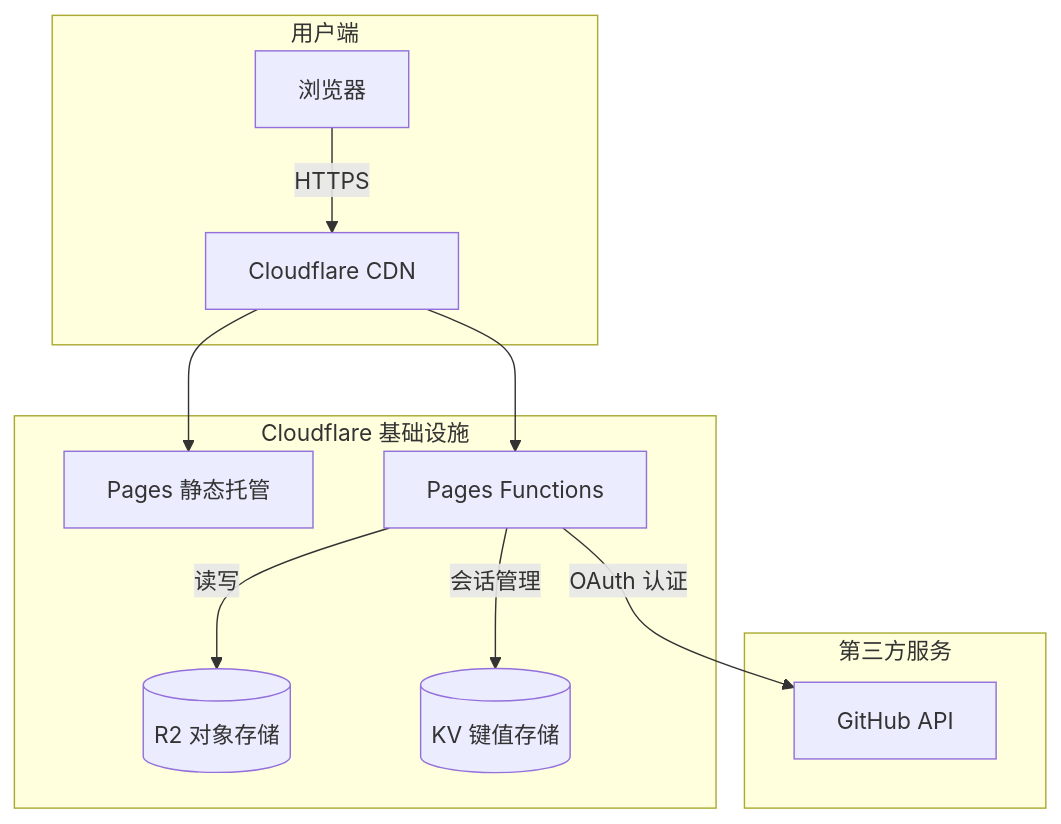
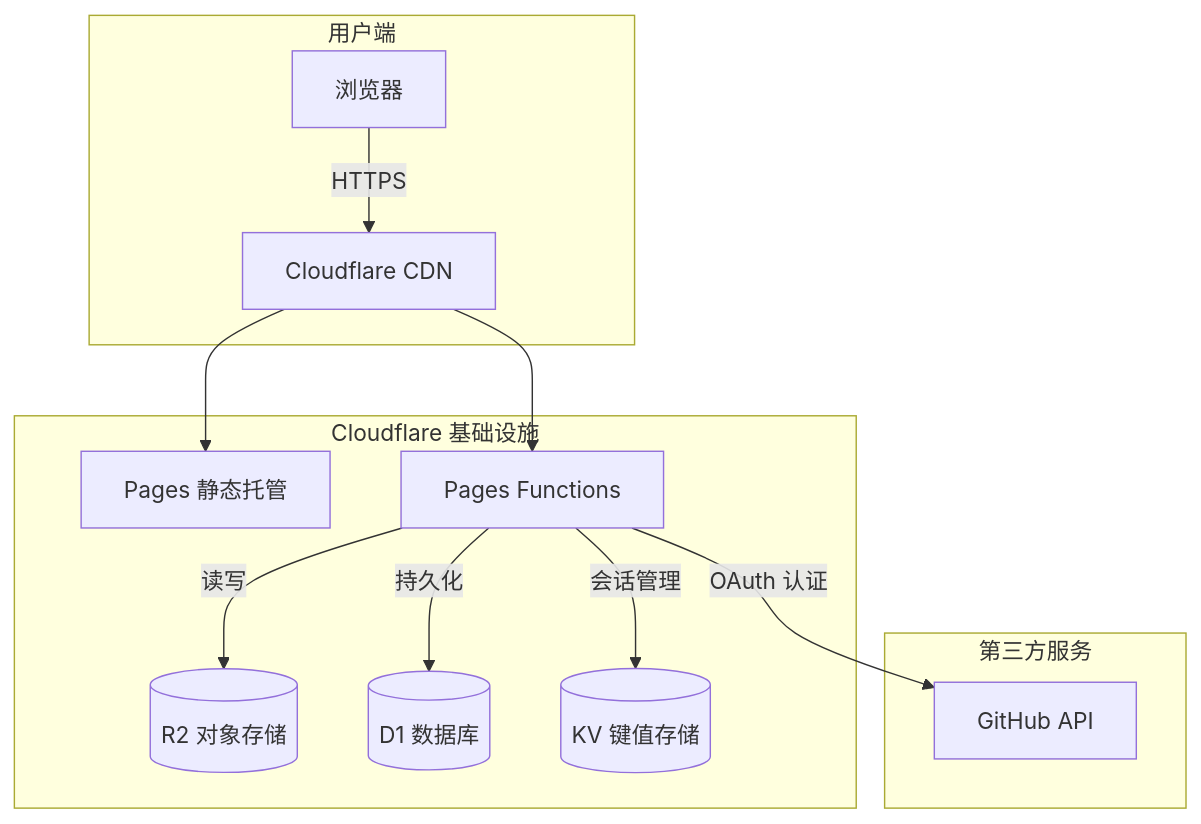
One commit to roimdev/roim-picx changed the first of 2 diagrams in README.md. Above: the diagram before and after it, drawn with Mermaid. The commit also changed other lines of this file, not shown here.

````diff
--- a/README.md
+++ b/README.md
@@ -66,17 +70,18 @@
 ```mermaid
 graph TB
     subgraph 用户端
         A[浏览器] -->|HTTPS| B[Cloudflare CDN]
     end
     
     subgraph Cloudflare 基础设施
         B --> C[Pages 静态托管]
         B --> D[Pages Functions]
         D -->|读写| E[(R2 对象存储)]
+        D -->|持久化| H[(D1 数据库)]
         D -->|会话管理| F[(KV 键值存储)]
     end
     
     subgraph 第三方服务
         D -->|OAuth 认证| G[GitHub API]
     end
 ```
````
